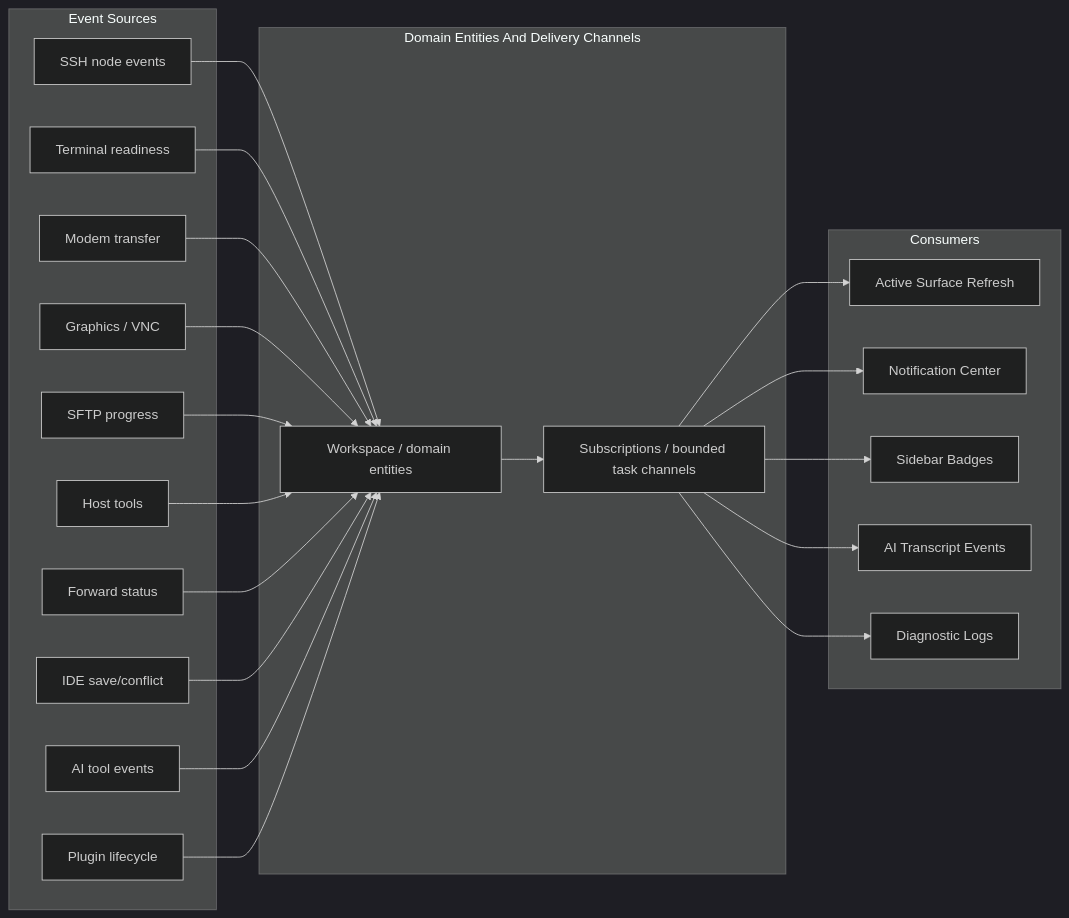
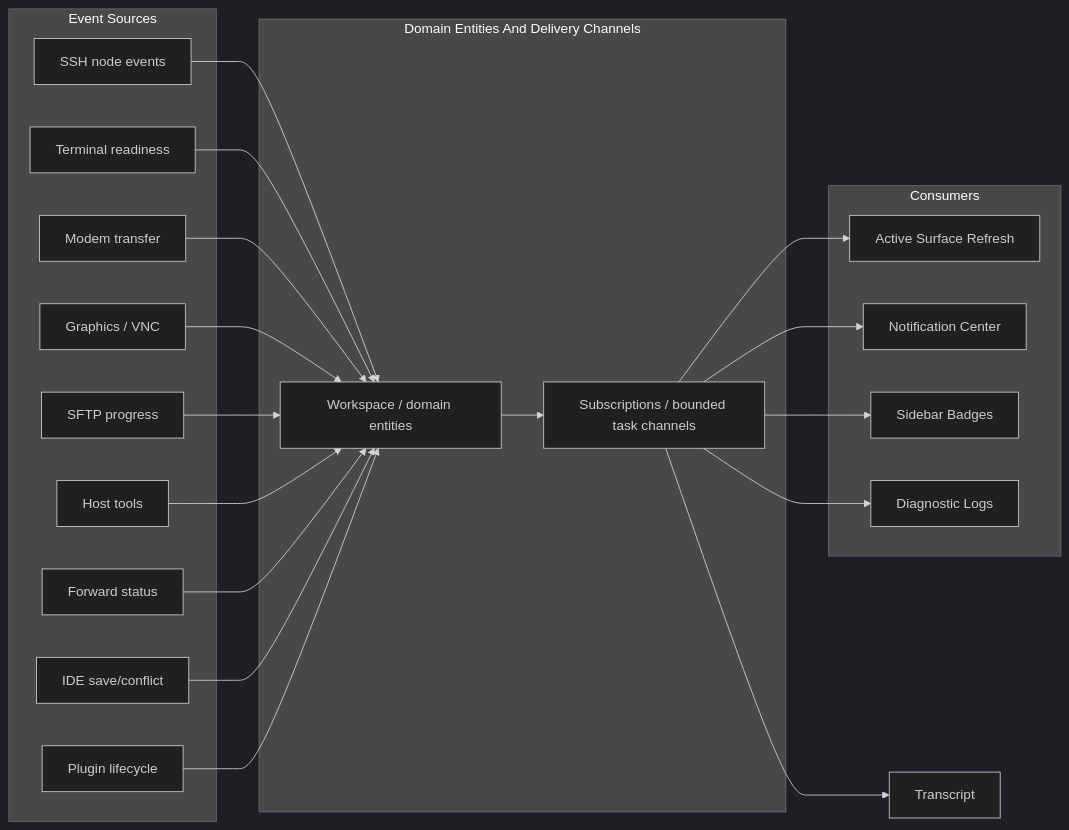
Diagram 12 of 12 in docs/user-guide/en/architecture.md (imeilige/oxideterm), drawn with Mermaid (dark theme) before and after one commit. The commit also changed other lines of this file and 339 other files, not shown here.

````diff
--- a/docs/user-guide/en/architecture.md
+++ b/docs/user-guide/en/architecture.md
@@ -1606,45 +1415,42 @@
 ```mermaid
 flowchart LR
     subgraph Sources["Event Sources"]
         SSH["SSH node events"]
         Term["Terminal readiness"]
         Modem["Modem transfer"]
         Graphics["Graphics / VNC"]
         SFTP["SFTP progress"]
         HostTools["Host tools"]
         Forward["Forward status"]
         IDE["IDE save/conflict"]
-        AI["AI tool events"]
         Plugin["Plugin lifecycle"]
     end
 
     subgraph EntityLayer["Domain Entities And Delivery Channels"]
         RuntimeEntities["Workspace / domain entities"]
         Delivery["Subscriptions / bounded task channels"]
     end
 
     subgraph Consumers["Consumers"]
         ActiveSurface["Active Surface Refresh"]
         Notifications["Notification Center"]
         Badges["Sidebar Badges"]
-        Transcript["AI Transcript Events"]
         Logs["Diagnostic Logs"]
     end
 
     SSH --> RuntimeEntities
     Term --> RuntimeEntities
     Modem --> RuntimeEntities
     Graphics --> RuntimeEntities
     SFTP --> RuntimeEntities
     HostTools --> RuntimeEntities
     Forward --> RuntimeEntities
     IDE --> RuntimeEntities
-    AI --> RuntimeEntities
     Plugin --> RuntimeEntities
     RuntimeEntities --> Delivery
     Delivery --> ActiveSurface
     Delivery --> Notifications
     Delivery --> Badges
     Delivery --> Transcript
     Delivery --> Logs
 ```
````
